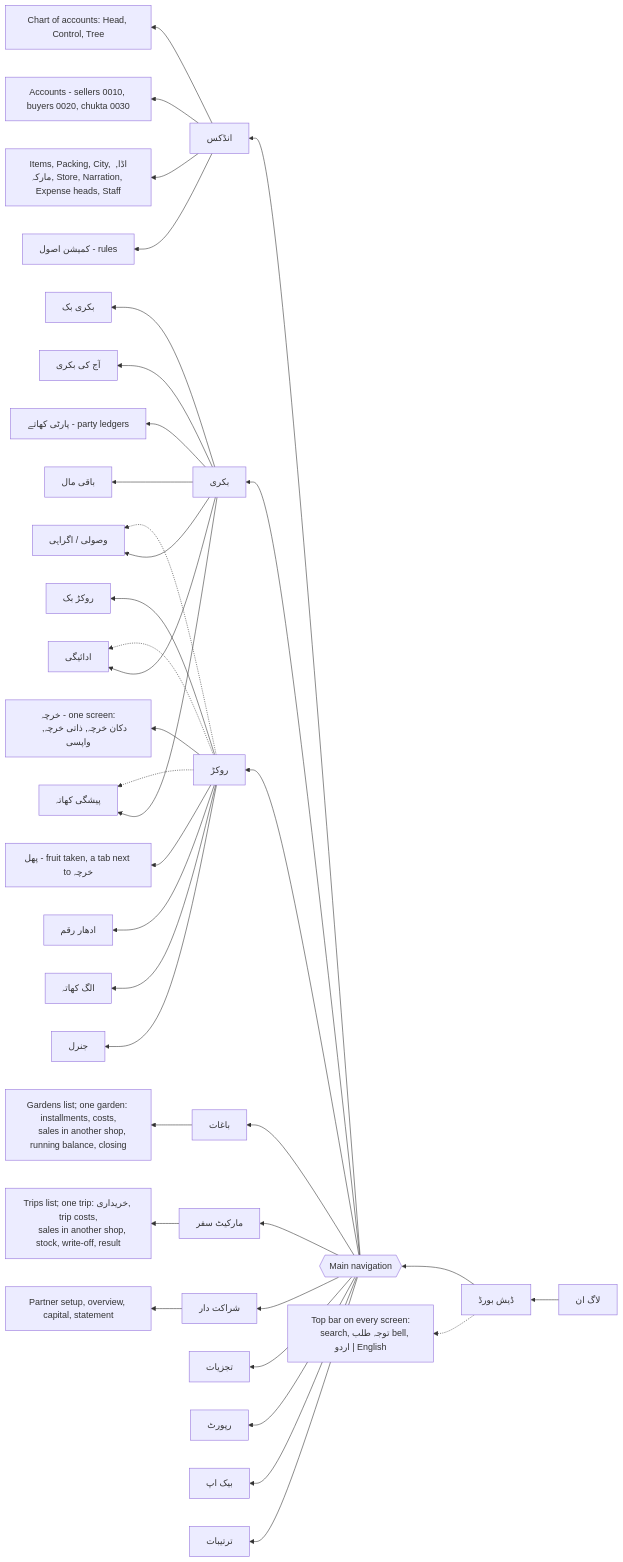
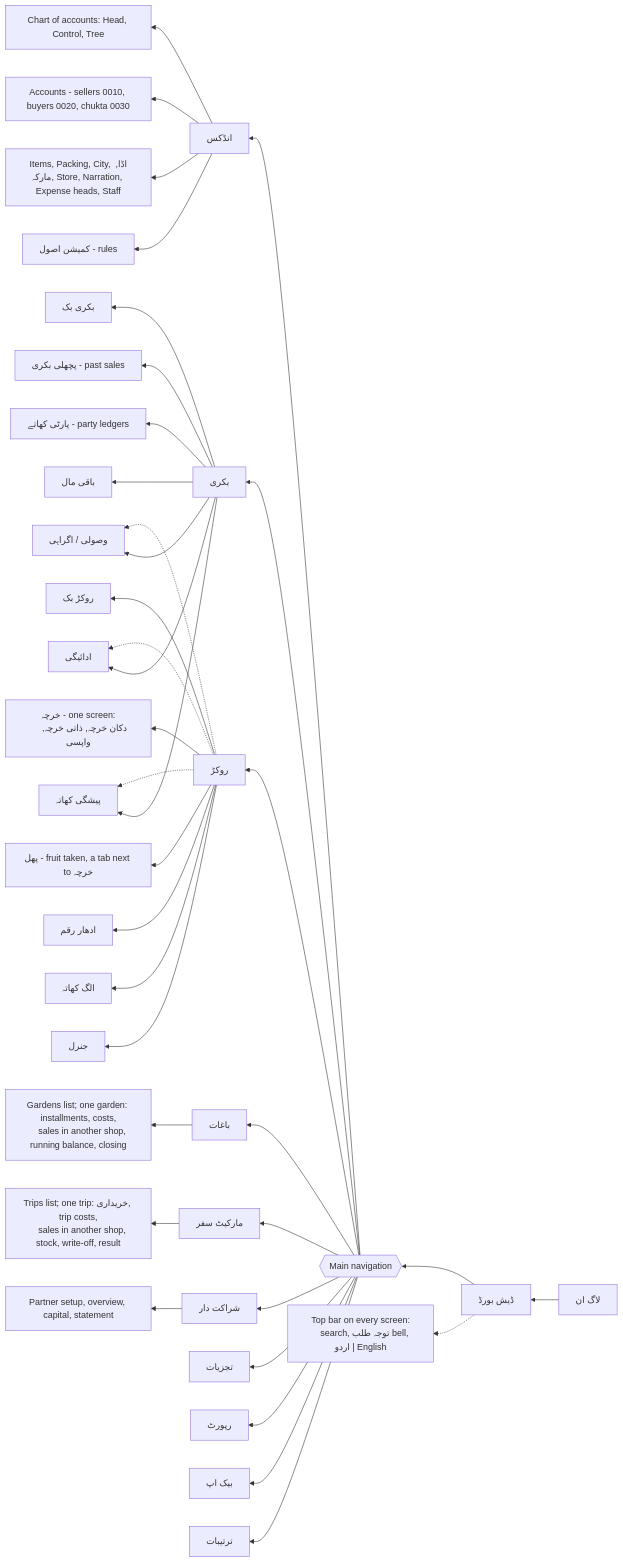
Before and after one commit to FaisalHanif12/Fruits-Mandi-Software: the sixth of 28 diagrams in .claude/rules/Architecture_v1.md, drawn with Mermaid. The commit also changed other lines of this file and 3 other files, not shown here.

First line of the commit message:
docs(requirements): PRD v1.35, the Past Sales screen (plan 72)

````diff
--- a/.claude/rules/Architecture_v1.md
+++ b/.claude/rules/Architecture_v1.md
@@ -217,46 +217,46 @@
 ```mermaid
 flowchart RL
     LOGIN["لاگ ان"] --> DASH["ڈیش بورڈ"]
     DASH --> NAV{{"Main navigation"}}
     NAV --> IDX["انڈکس"]
     NAV --> BIK["بکری"]
     NAV --> ROK["روکڑ"]
     NAV --> GRD["باغات"]
     NAV --> TRP["مارکیٹ سفر"]
     NAV --> PRT["شراکت دار"]
     NAV --> ANL["تجزیات"]
     NAV --> REP["رپورٹ"]
     NAV --> BAK["بیک اپ"]
     NAV --> SET["ترتیبات"]
     DASH -.-> TOP["Top bar on every screen:
     search, توجہ طلب bell, اردو | English"]
 
     IDX --> IDX1["Chart of accounts: Head, Control, Tree"]
     IDX --> IDX2["Accounts - sellers 0010, buyers 0020, chukta 0030"]
     IDX --> IDX3["Items, Packing, City, اڈا, مارکہ, Store, Narration, Expense heads, Staff"]
     IDX --> IDX4["کمیشن اصول - rules"]
 
     BIK --> B1["بکری بک"]
     BIK --> B3["وصولی / اگراہی"]
     BIK --> B4["ادائیگی"]
     BIK --> B5["پیشگی کھاتہ"]
-    BIK --> B6["آج کی بکری"]
+    BIK --> B6["پچھلی بکری - past sales"]
     BIK --> B7["پارٹی کھاتے - party ledgers"]
     BIK --> B8["باقی مال"]
     GRD --> G1["Gardens list; one garden: installments, costs,
     sales in another shop, running balance, closing"]
     TRP --> T1["Trips list; one trip: خریداری, trip costs,
     sales in another shop, stock, write-off, result"]
     PRT --> P1["Partner setup, overview, capital, statement"]
 
     ROK --> R1["روکڑ بک"]
     ROK --> R2["خرچہ - one screen:
     دکان خرچہ, ذاتی خرچہ, واپسی"]
     ROK --> R6["پھل - fruit taken, a tab next to خرچہ"]
     ROK --> R3["ادھار رقم"]
     ROK --> R5["الگ کھاتہ"]
     ROK --> R4["جنرل"]
     ROK -.-> B3
     ROK -.-> B4
     ROK -.-> B5
 ```
````
